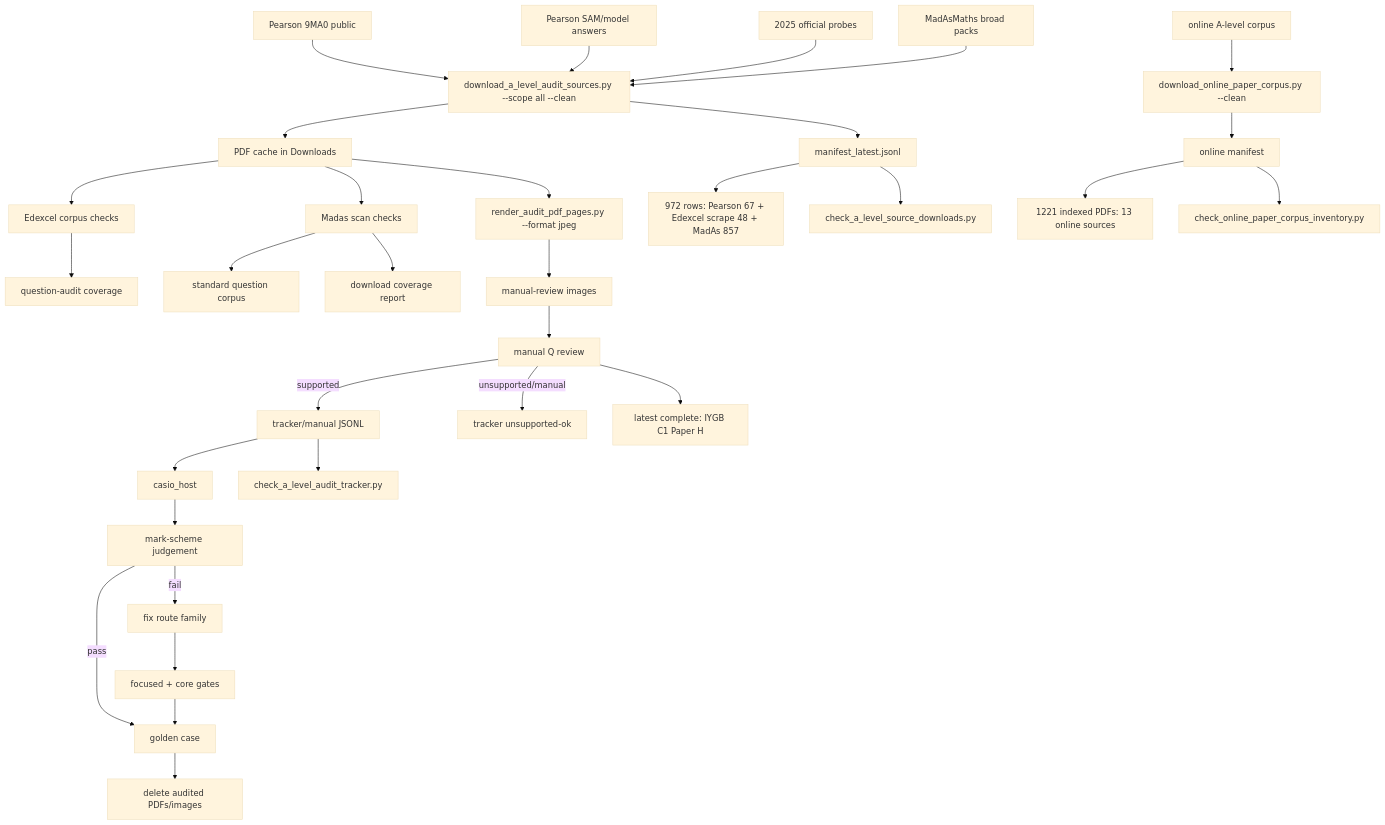
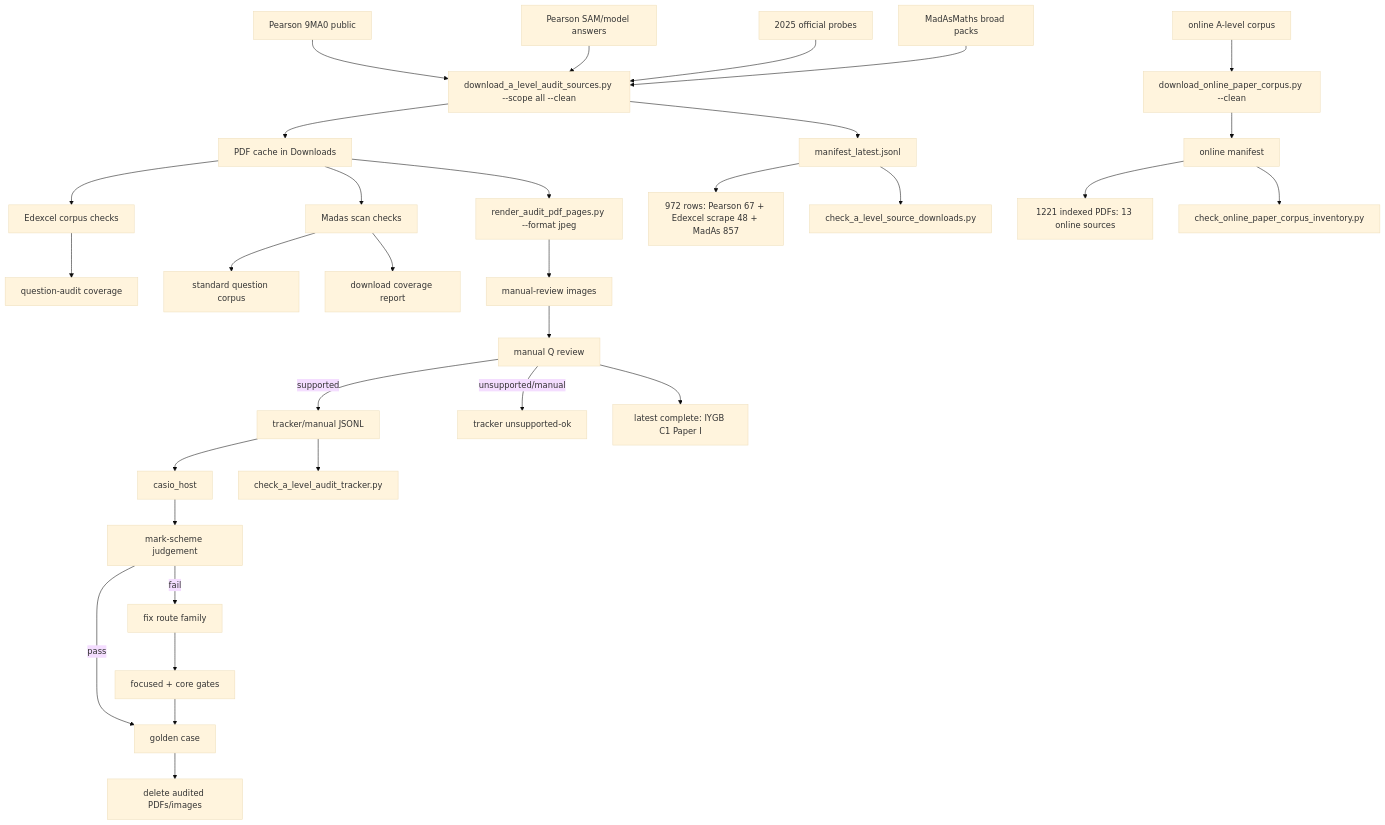
One commit to james8464/notes-addin-casio-fx-cg50 changed the diagram in c++/tools/golden/a_level_audit_graph.md. Above: the diagram before and after it, drawn with Mermaid (base theme). The commit also changed other lines of this file and 2 other files, not shown here.

Commit message:
Audit IYGB C1 Paper I

````diff
--- a/c++/tools/golden/a_level_audit_graph.md
+++ b/c++/tools/golden/a_level_audit_graph.md
@@ -3,34 +3,34 @@
 ```mermaid
 graph TD
   E1["Pearson 9MA0 public"] --> D["download_a_level_audit_sources.py --scope all --clean"]
   E2["Pearson SAM/model answers"] --> D
   E3["2025 official probes"] --> D
   M1["MadAsMaths broad packs"] --> D
   O1["online A-level corpus"] --> OD["download_online_paper_corpus.py --clean"]
   D --> P["PDF cache in Downloads"]
   D --> X["manifest_latest.jsonl"]
   OD --> OX["online manifest"]
   X --> XC["972 rows: Pearson 67 + Edexcel scrape 48 + MadAs 857"]
   OX --> OC["1221 indexed PDFs: 13 online sources"]
   X --> V["check_a_level_source_downloads.py"]
   OX --> OV["check_online_paper_corpus_inventory.py"]
   P --> E["Edexcel corpus checks"]
   E --> EQ["question-audit coverage"]
   P --> S["Madas scan checks"]
   S --> M["standard question corpus"]
   S --> MC["download coverage report"]
   P --> R["render_audit_pdf_pages.py --format jpeg"]
   R --> I["manual-review images"]
   I --> Q["manual Q review"]
   Q -->|supported| J["tracker/manual JSONL"]
   Q -->|unsupported/manual| U["tracker unsupported-ok"]
   J --> H["casio_host"]
   J --> K["check_a_level_audit_tracker.py"]
   H --> C["mark-scheme judgement"]
   C -->|pass| G["golden case"]
   C -->|fail| F["fix route family"]
   F --> T["focused + core gates"]
   T --> G
   G --> Z["delete audited PDFs/images"]
-  Q --> Qt["latest complete: IYGB C1 Paper H"]
+  Q --> Qt["latest complete: IYGB C1 Paper I"]
 ```
````
